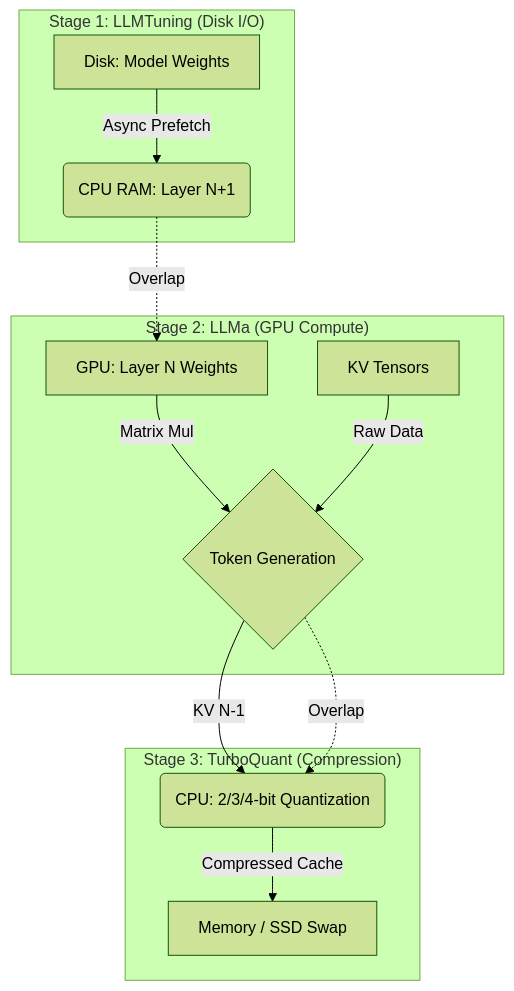
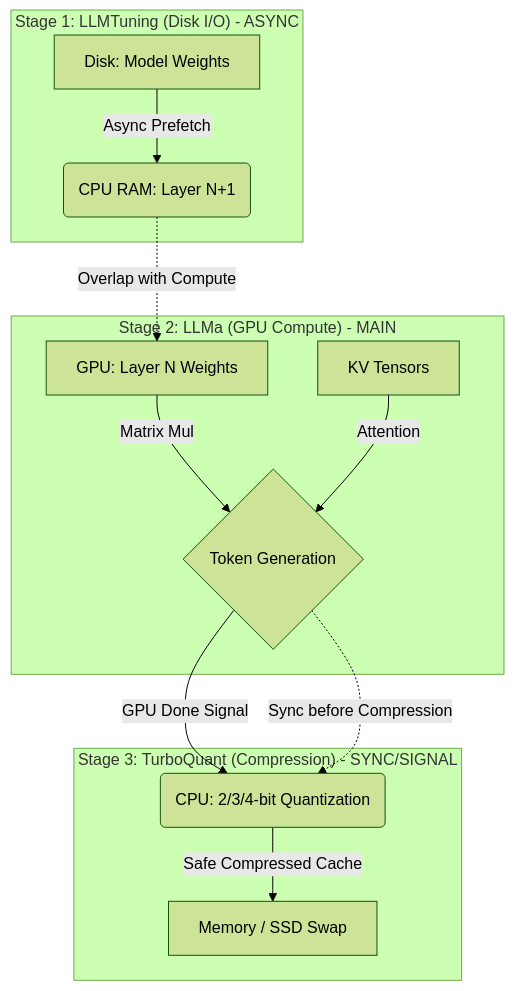
Before and after one commit to alicangnll/turboquant_plus: the diagram in MAP.md, drawn with Mermaid (forest theme). The commit also changed 6 other files, not shown here.

````diff
--- a/MAP.md
+++ b/MAP.md
@@ -9,19 +9,19 @@
 ```mermaid
 graph TD
-    subgraph "Stage 1: LLMTuning (Disk I/O)"
+    subgraph "Stage 1: LLMTuning (Disk I/O) - ASYNC"
         A[Disk: Model Weights] -->|Async Prefetch| B(CPU RAM: Layer N+1)
     end
 
-    subgraph "Stage 2: LLMa (GPU Compute)"
+    subgraph "Stage 2: LLMa (GPU Compute) - MAIN"
         C[GPU: Layer N Weights] -->|Matrix Mul| D{Token Generation}
-        E[KV Tensors] -->|Raw Data| D
+        E[KV Tensors] -->|Attention| D
     end
 
-    subgraph "Stage 3: TurboQuant (Compression)"
-        D -->|KV N-1| F(CPU: 2/3/4-bit Quantization)
-        F -->|Compressed Cache| G[Memory / SSD Swap]
+    subgraph "Stage 3: TurboQuant (Compression) - SYNC/SIGNAL"
+        D -->|GPU Done Signal| F(CPU: 2/3/4-bit Quantization)
+        F -->|Safe Compressed Cache| G[Memory / SSD Swap]
     end
 
-    B -.->|Overlap| C
-    D -.->|Overlap| F
+    B -.->|Overlap with Compute| C
+    D -.->|Sync before Compression| F
 ```
````
